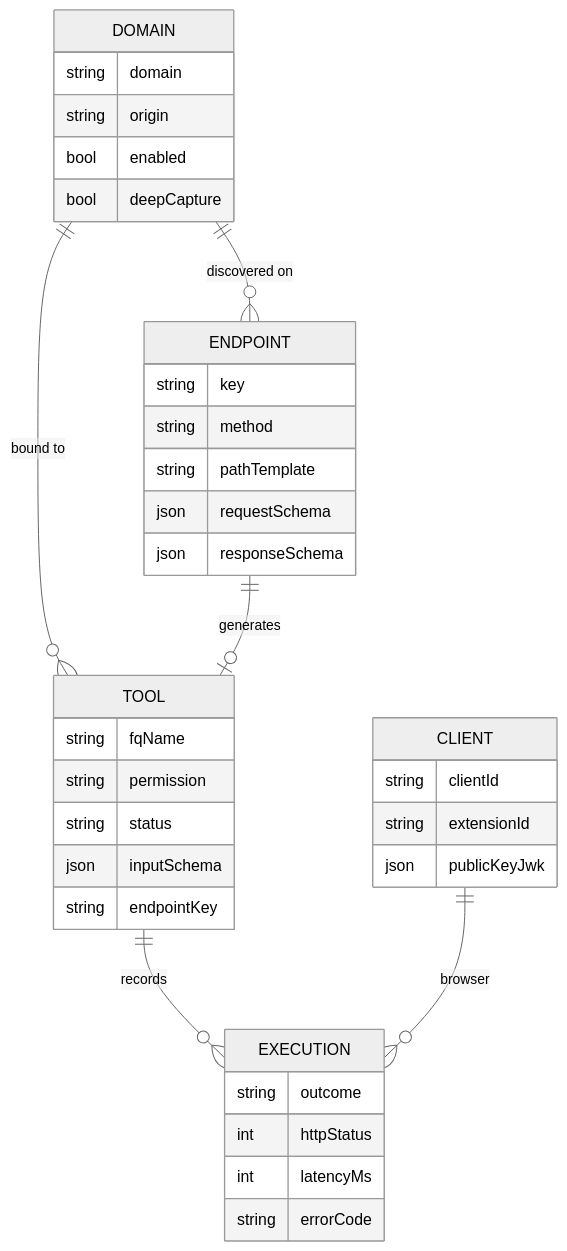
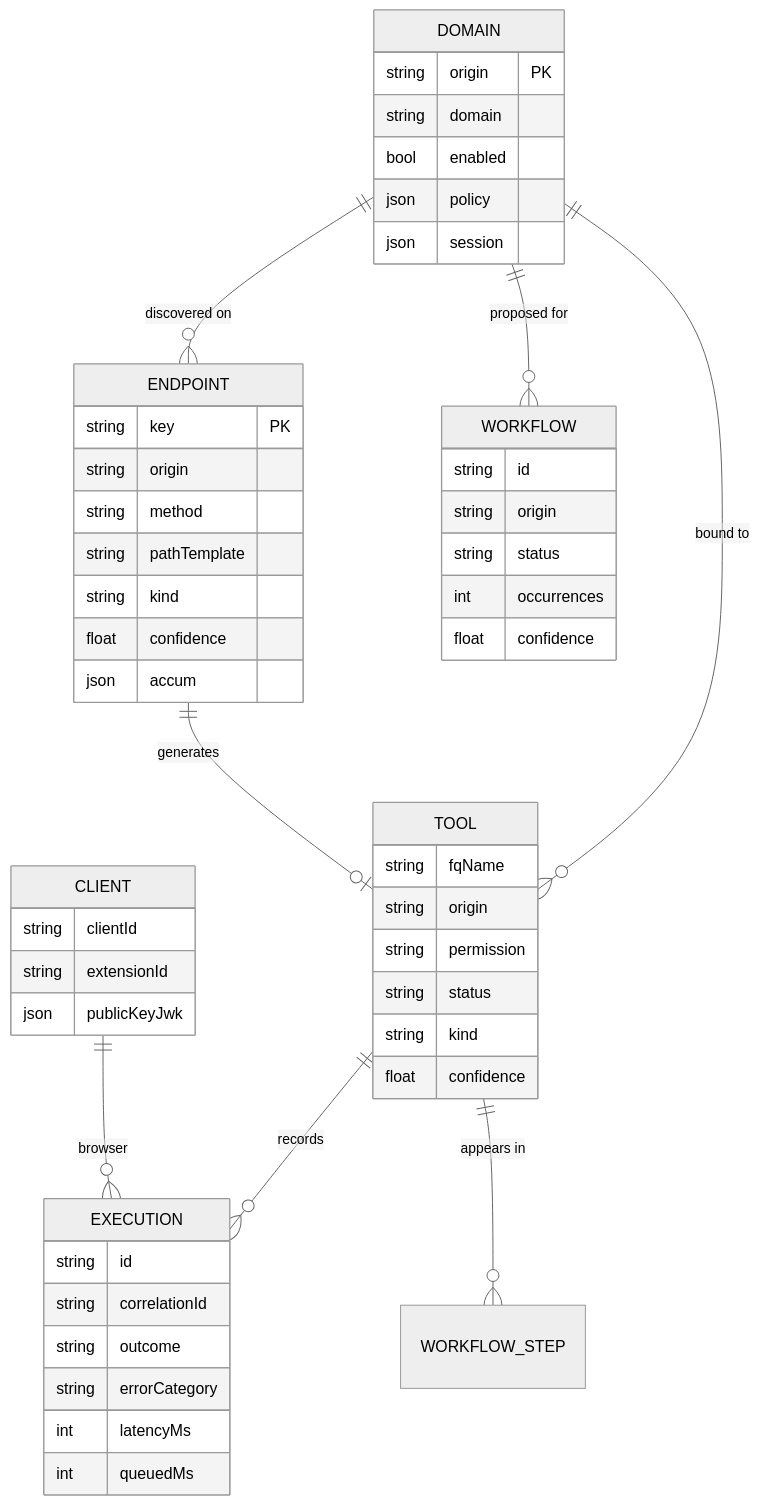
Before and after one commit to hungpt99-dev/utcp-browser-session: the third of 3 diagrams in docs/architecture.md, drawn with Mermaid (neutral theme). The commit also changed other lines of this file and 70 other files, not shown here.

First line of the commit message:
fix: isolate domains by origin, bound execution, and make inference evidence-based

````diff
--- a/docs/architecture.md
+++ b/docs/architecture.md
@@ -137,14 +137,17 @@
 ```mermaid
 erDiagram
     DOMAIN ||--o{ ENDPOINT : "discovered on"
     DOMAIN ||--o{ TOOL : "bound to"
+    DOMAIN ||--o{ WORKFLOW : "proposed for"
     ENDPOINT ||--o| TOOL : "generates"
     TOOL ||--o{ EXECUTION : "records"
+    TOOL ||--o{ WORKFLOW_STEP : "appears in"
     CLIENT ||--o{ EXECUTION : "browser"
 
-    DOMAIN { string domain string origin bool enabled bool deepCapture }
-    ENDPOINT { string key string method string pathTemplate json requestSchema json responseSchema }
-    TOOL { string fqName string permission string status json inputSchema string endpointKey }
-    EXECUTION { string outcome int httpStatus int latencyMs string errorCode }
+    DOMAIN { string origin PK string domain bool enabled json policy json session }
+    ENDPOINT { string key PK string origin string method string pathTemplate string kind float confidence json accum }
+    TOOL { string fqName string origin string permission string status string kind float confidence }
+    EXECUTION { string id string correlationId string outcome string errorCategory int latencyMs int queuedMs }
+    WORKFLOW { string id string origin string status int occurrences float confidence }
     CLIENT { string clientId string extensionId json publicKeyJwk }
 ```
````
